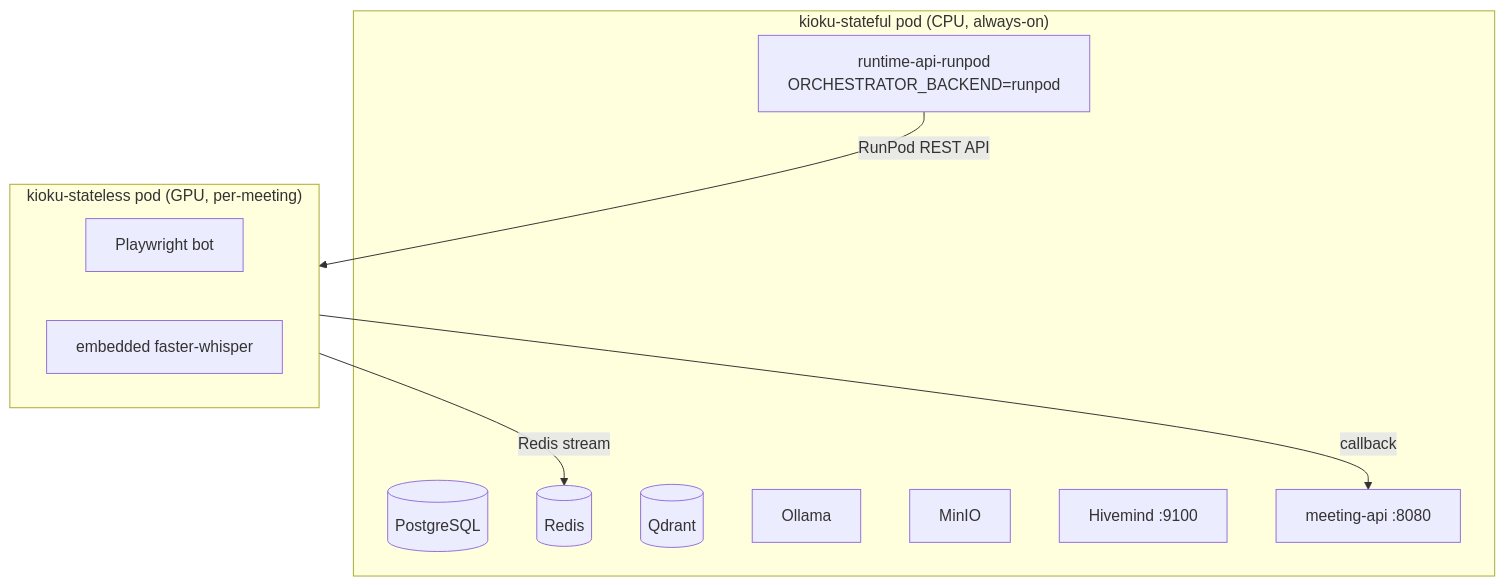
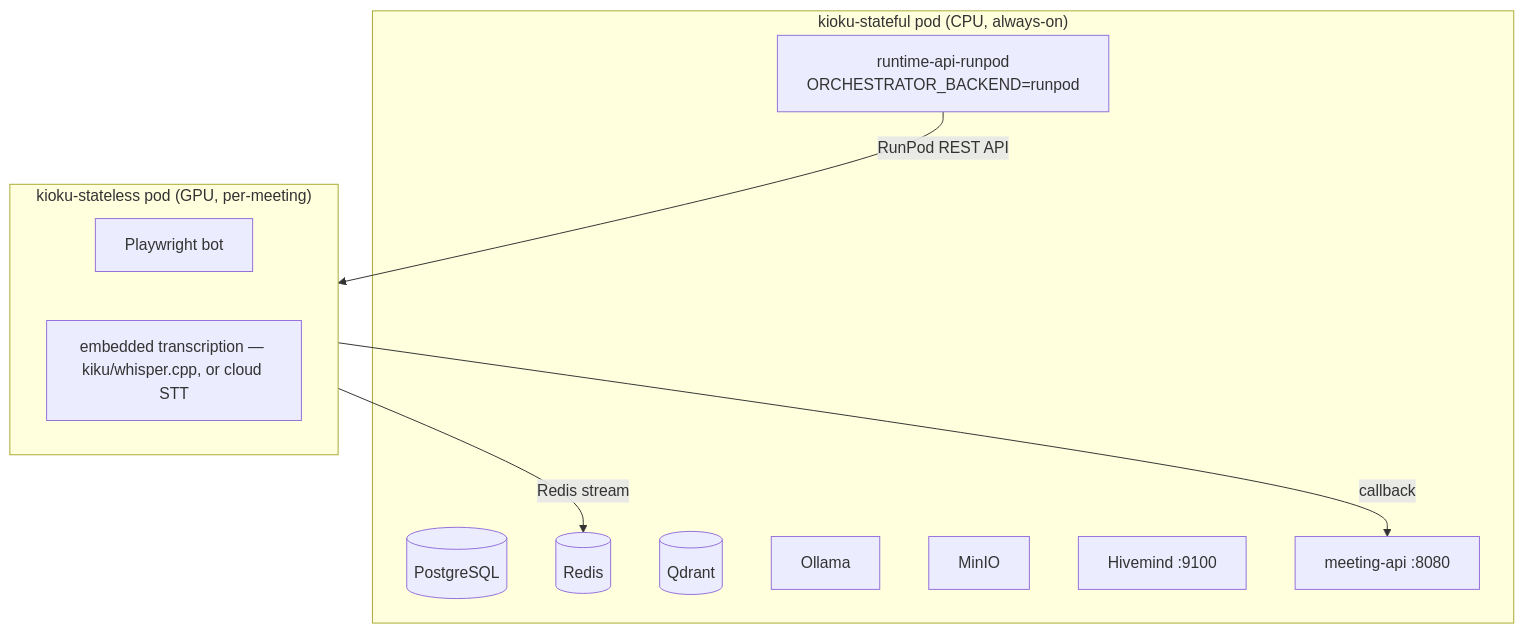
Before and after one commit to kioku-org/kioku: the first of 2 diagrams in docs/deployment/runpod.md, drawn with Mermaid. The commit also changed other lines of this file and 31 other files, not shown here.

````diff
--- a/docs/deployment/runpod.md
+++ b/docs/deployment/runpod.md
@@ -13,18 +13,18 @@
 ```mermaid
 graph TD
     subgraph stateful["kioku-stateful pod (CPU, always-on)"]
         PG[(PostgreSQL)] & RD[(Redis)] & QD[(Qdrant)]
         OL[Ollama] & MN[MinIO]
         HM[Hivemind :9100] & MA[meeting-api :8080]
         RA[runtime-api-runpod\nORCHESTRATOR_BACKEND=runpod]
     end
 
     subgraph stateless["kioku-stateless pod (GPU, per-meeting)"]
         BOT[Playwright bot]
-        WH[embedded faster-whisper]
+        WH[embedded transcription — kiku/whisper.cpp, or cloud STT]
     end
 
     RA -->|RunPod REST API| stateless
     stateless -->|Redis stream| RD
     stateless -->|callback| MA
 ```
````
